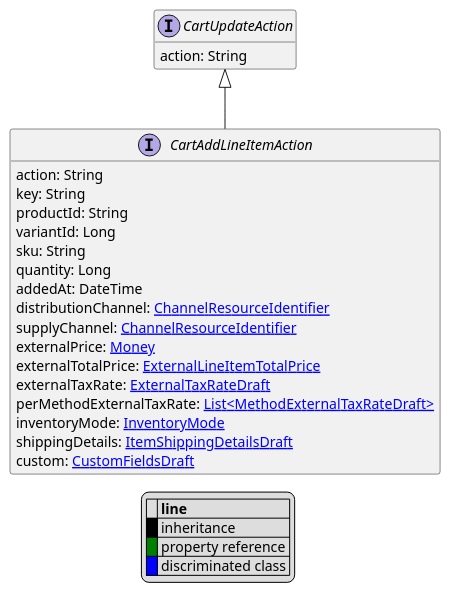
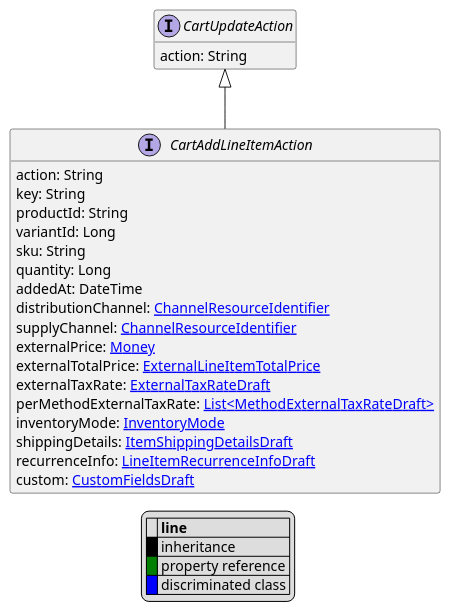
The diagram in uml/api/CartAddLineItemAction.puml (commercetools/commercetools-api-reference), drawn with PlantUML before and after one commit. The commit also changed 2165 other files, not shown here.

```diff
--- a/uml/api/CartAddLineItemAction.puml
+++ b/uml/api/CartAddLineItemAction.puml
@@ -1,37 +1,38 @@
 @startuml
 
 hide empty fields
 hide empty methods
 legend
 |= |= line |
 |<back:black>   </back>| inheritance |
 |<back:green>   </back>| property reference |
 |<back:blue>   </back>| discriminated class |
 endlegend
 interface CartAddLineItemAction [[CartAddLineItemAction.svg]] extends CartUpdateAction {
     action: String
     key: String
     productId: String
     variantId: Long
     sku: String
     quantity: Long
     addedAt: DateTime
     distributionChannel: [[ChannelResourceIdentifier.svg ChannelResourceIdentifier]]
     supplyChannel: [[ChannelResourceIdentifier.svg ChannelResourceIdentifier]]
     externalPrice: [[Money.svg Money]]
     externalTotalPrice: [[ExternalLineItemTotalPrice.svg ExternalLineItemTotalPrice]]
     externalTaxRate: [[ExternalTaxRateDraft.svg ExternalTaxRateDraft]]
     perMethodExternalTaxRate: [[MethodExternalTaxRateDraft.svg List<MethodExternalTaxRateDraft>]]
     inventoryMode: [[InventoryMode.svg InventoryMode]]
     shippingDetails: [[ItemShippingDetailsDraft.svg ItemShippingDetailsDraft]]
+    recurrenceInfo: [[LineItemRecurrenceInfoDraft.svg LineItemRecurrenceInfoDraft]]
     custom: [[CustomFieldsDraft.svg CustomFieldsDraft]]
 }
 interface CartUpdateAction [[CartUpdateAction.svg]]  {
     action: String
 }
 
 
 
 
 
 @enduml
```
